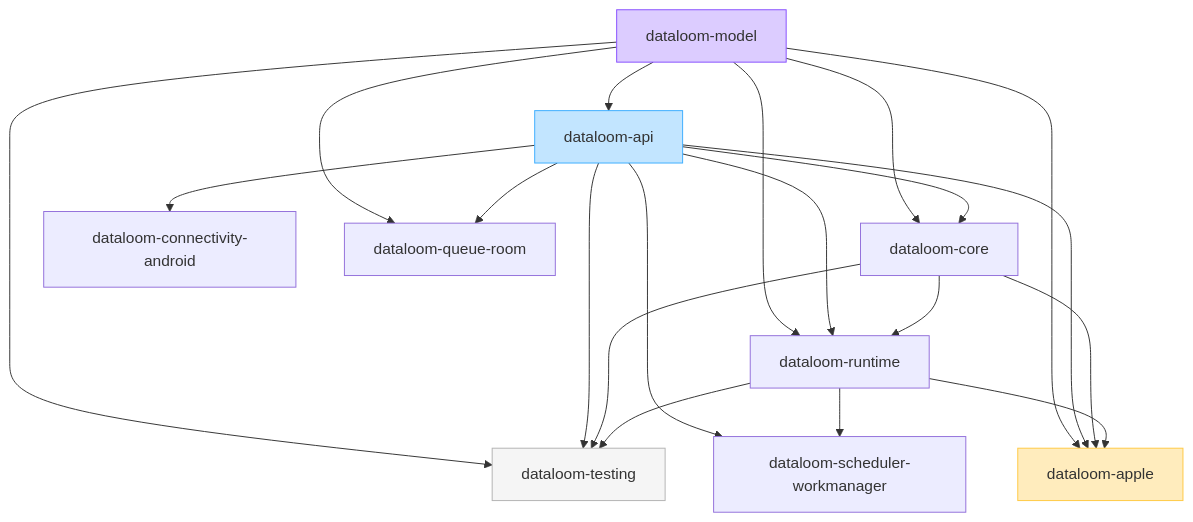
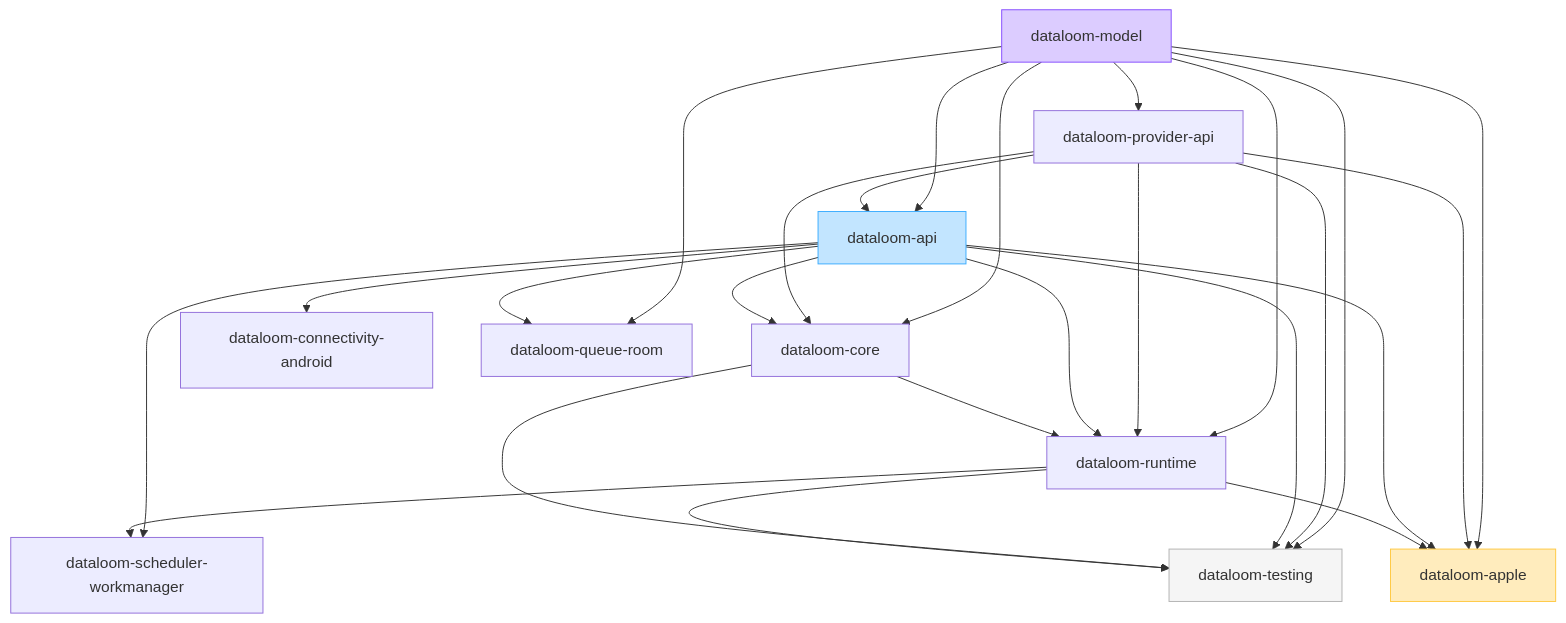
One commit to dataloom-sdk/dataloom changed the diagram in docs/architecture/modules.md. Above: the diagram before and after it, drawn with Mermaid. The commit also changed other lines of this file and 26 other files, not shown here.

````diff
--- a/docs/architecture/modules.md
+++ b/docs/architecture/modules.md
@@ -28,37 +28,43 @@
 ```mermaid
 flowchart TD
     model[dataloom-model]
+    providerApi[dataloom-provider-api]
     api[dataloom-api]
     core[dataloom-core]
     runtime[dataloom-runtime]
     testing[dataloom-testing]
     connectivity[dataloom-connectivity-android]
     room[dataloom-queue-room]
     work[dataloom-scheduler-workmanager]
     apple[dataloom-apple]
 
+    model --> providerApi
     model --> api
+    providerApi --> api
     model --> core
+    providerApi --> core
     api --> core
     model --> runtime
+    providerApi --> runtime
     api --> runtime
     core --> runtime
     model --> testing
+    providerApi --> testing
     api --> testing
     core --> testing
     runtime --> testing
     api --> connectivity
     model --> room
     api --> room
     api --> work
     runtime --> work
     model --> apple
+    providerApi --> apple
     api --> apple
-    core --> apple
     runtime --> apple
 
     style model fill:#DCCCFF,stroke:#874FFF
     style api fill:#C2E5FF,stroke:#3DADFF
     style testing fill:#F5F5F5,stroke:#B3B3B3
     style apple fill:#FFECBD,stroke:#FFC943
 ```
````
